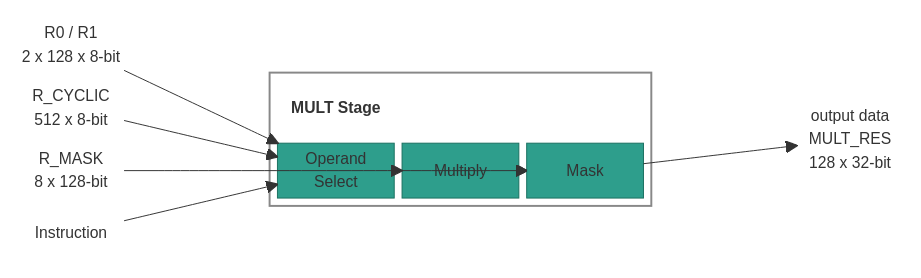
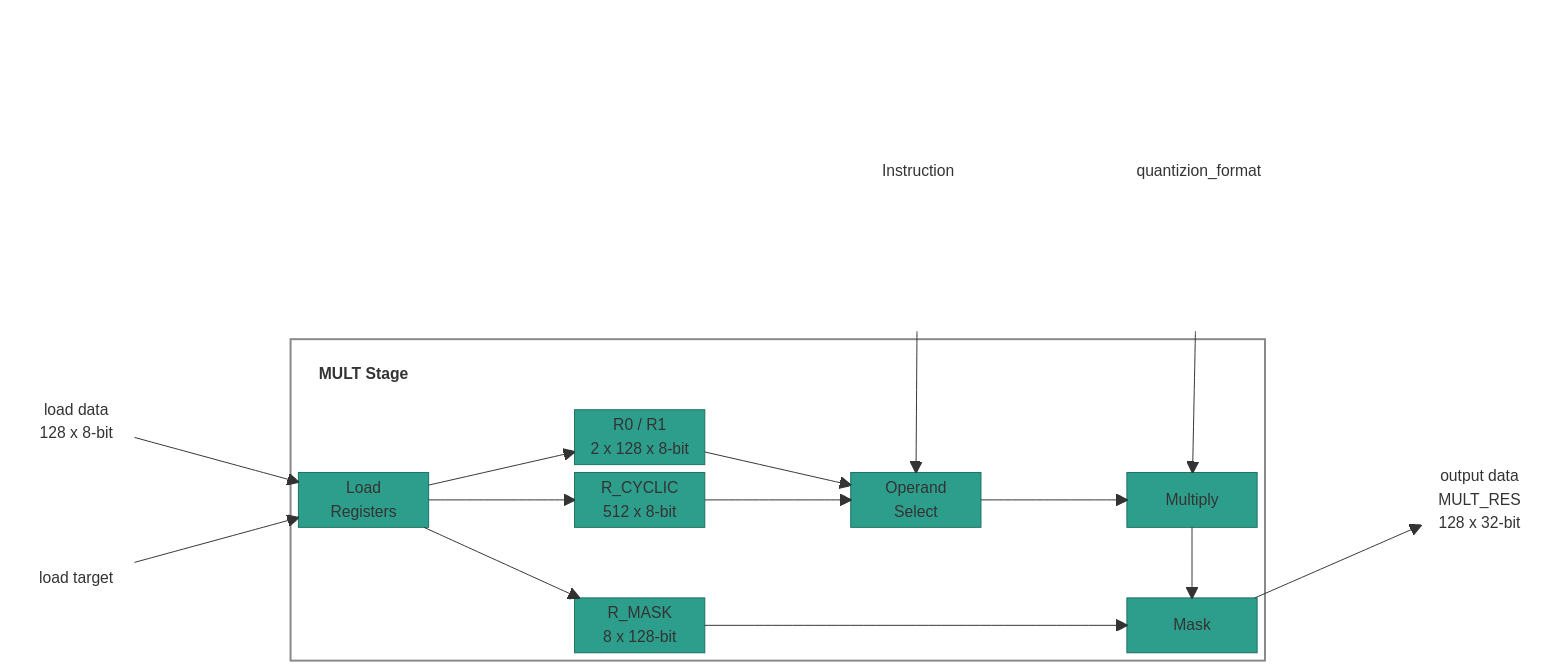
The diagram in docs/content/specs/ARCH-stage-mult.md (rechefe/ipu-emulator), drawn with Mermaid before and after one commit. The commit also changed other lines of this file, not shown here.

````diff
--- a/docs/content/specs/ARCH-stage-mult.md
+++ b/docs/content/specs/ARCH-stage-mult.md
@@ -34,38 +34,46 @@
 ```mermaid
 block-beta
-    columns 7
+    columns 11
+    space:6 INSTR["Instruction"] space FMT["quantizion_format"] space:2
     block:INS:1
         columns 1
-        RA["R0 / R1<br>2 x 128 x 8-bit"]
-        RC["R_CYCLIC<br>512 x 8-bit"]
-        RMASK["R_MASK<br>8 x 128-bit"]
-        INSTR["Instruction"]
+        LD_DATA["load data<br>128 x 8-bit"]
+        LD_TGT["load target"]
     end
     space
-    block:STAGE:3
-        columns 3
-        TITLE["MULT Stage"] space:2
-        SEL["Operand<br>Select"] MUL["Multiply"] MASK["Mask"]
+    block:STAGE:7
+        columns 7
+        TITLE["MULT Stage"] space:6
+        space:2 RA["R0 / R1<br>2 x 128 x 8-bit"] space:4
+        LDW["Load<br>Registers"] space RC["R_CYCLIC<br>512 x 8-bit"] space SEL["Operand<br>Select"] space MUL["Multiply"]
+        space:7
+        space:2 RMASK["R_MASK<br>8 x 128-bit"] space:3 MASK["Mask"]
     end
     space
     block:OUTS:1
         columns 1
         OUT_DATA["output data<br>MULT_RES<br>128 x 32-bit"]
     end
 
+    LD_DATA --> LDW
+    LD_TGT --> LDW
+    LDW --> RA
+    LDW --> RC
+    LDW --> RMASK
     RA --> SEL
     RC --> SEL
     INSTR --> SEL
+    FMT --> MUL
     SEL --> MUL
     MUL --> MASK
     RMASK --> MASK
     MASK --> OUT_DATA
 
     classDef io fill:none,stroke:none
     classDef blk fill:#2e9e8c,stroke:#1a7060,color:#fff
     classDef title fill:none,stroke:none,font-weight:bold
-    class RA,RC,RMASK,INSTR,OUT_DATA,INS,OUTS io
-    class SEL,MUL,MASK blk
+    class LD_DATA,LD_TGT,INSTR,FMT,OUT_DATA,INS,OUTS io
+    class LDW,RA,RC,RMASK,SEL,MUL,MASK blk
     class TITLE title
     style STAGE fill:none,stroke:#888,stroke-width:2px
 ```
````
